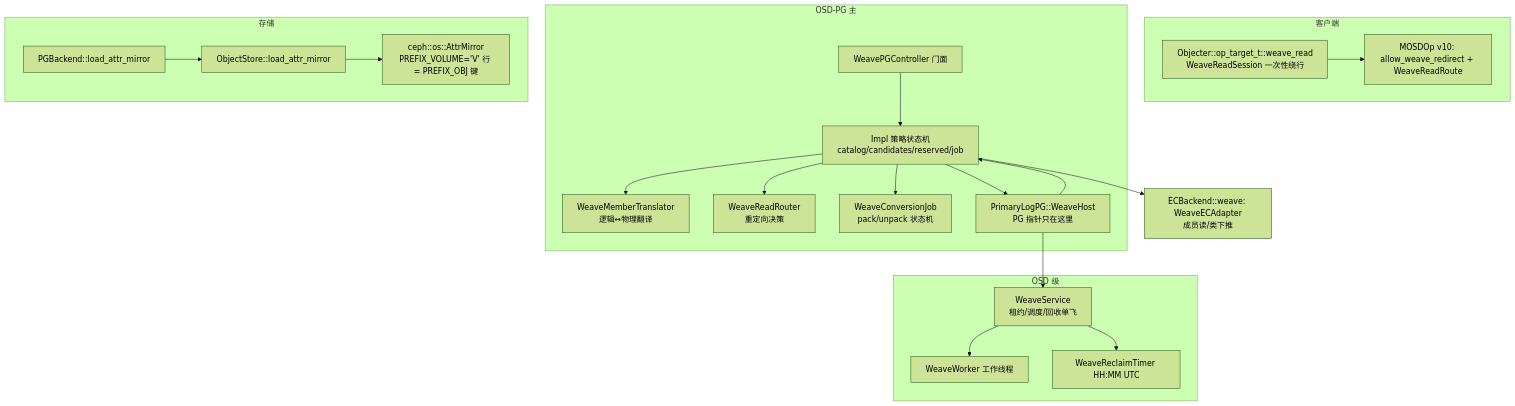
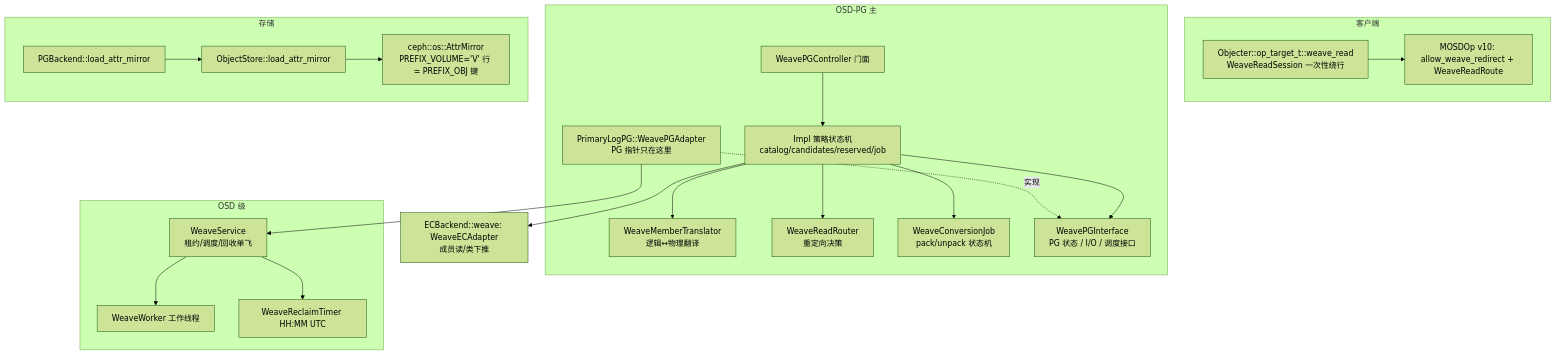
One commit to CephEC/ceph changed the first of 3 diagrams in doc/dev/osd_internals/weave_code_map.md. Above: the diagram before and after it, drawn with Mermaid (forest theme). The commit also changed other lines of this file and 26 other files, not shown here.

````diff
--- a/doc/dev/osd_internals/weave_code_map.md
+++ b/doc/dev/osd_internals/weave_code_map.md
@@ -22,24 +22,25 @@
 ```mermaid
 graph TB
   subgraph 客户端
     O[Objecter::op_target_t::weave_read<br/>WeaveReadSession 一次性绕行] --> M[MOSDOp v10: allow_weave_redirect + WeaveReadRoute]
   end
   subgraph OSD-PG 主
     C[WeavePGController 门面] --> I[Impl 策略状态机<br/>catalog/candidates/reserved/job]
     I --> T[WeaveMemberTranslator<br/>逻辑↔物理翻译]
     I --> R[WeaveReadRouter<br/>重定向决策]
     I --> J[WeaveConversionJob<br/>pack/unpack 状态机]
-    H[PrimaryLogPG::WeaveHost<br/>PG 指针只在这里] --> I
+    PIF[WeavePGInterface<br/>PG 状态 / I/O / 调度接口]
+    H[PrimaryLogPG::WeavePGAdapter<br/>PG 指针只在这里] -. 实现 .-> PIF
   end
   subgraph OSD 级
     S[WeaveService<br/>租约/调度/回收单飞] --> SC[WeaveWorker 工作线程]
     S --> RT[WeaveReclaimTimer HH:MM UTC]
   end
   subgraph 存储
     P[PGBackend::load_attr_mirror] --> OS[ObjectStore::load_attr_mirror]
     OS --> AM[ceph::os::AttrMirror<br/>PREFIX_VOLUME='V' 行 = PREFIX_OBJ 键]
   end
-  I --> H
+  I --> PIF
   H --> S
   I --> EC[ECBackend::weave: WeaveECAdapter<br/>成员读/类下推]
 ```
````
